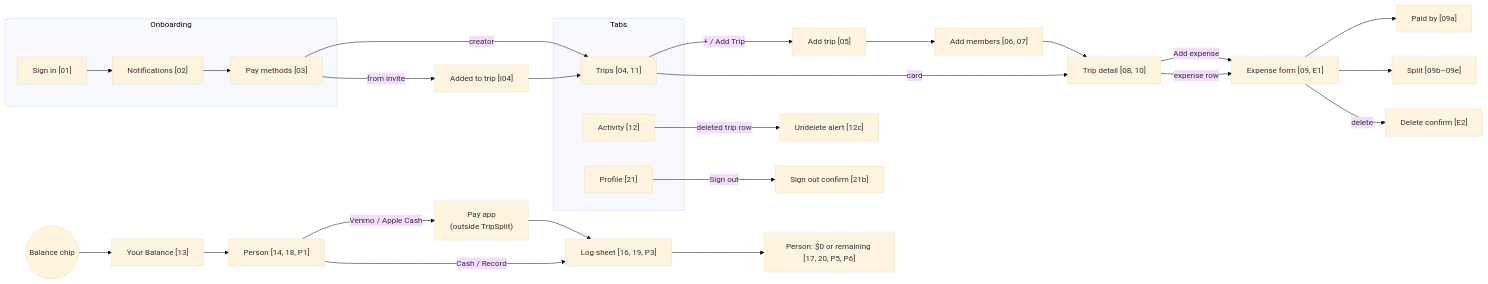
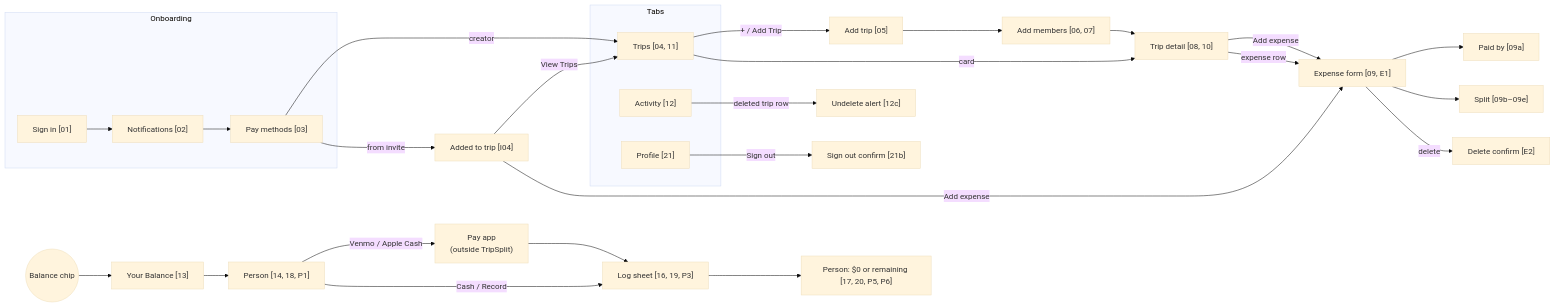
The diagram in docs/screen-map.md (taytayrad/tripsplit-ios), drawn with Mermaid (base theme) before and after one commit. The commit also changed 2 other files, not shown here.

Commit message:
Docs: sync with merged Phase 0
- data-model: stamp JSON matches StampSpec (offsetX/offsetY, enums, ranges)
- implementation-plan: mark Phase 0 done
- screen-map: welcome modal's View Trips and Add expense paths

````diff
--- a/docs/screen-map.md
+++ b/docs/screen-map.md
@@ -5,29 +5,31 @@
 ```mermaid
 flowchart LR
     subgraph Onboarding
         signin["Sign in [01]"] --> notif["Notifications [02]"] --> paym["Pay methods [03]"]
     end
     subgraph Main["Tabs"]
         trips["Trips [04, 11]"]
         activity["Activity [12]"]
         profile["Profile [21]"]
     end
     paym -->|creator| trips
-    paym -->|from invite| welcome["Added to trip [I04]"] --> trips
+    paym -->|from invite| welcome["Added to trip [I04]"]
+    welcome -->|View Trips| trips
 
     trips -- "+ / Add Trip" --> addtrip["Add trip [05]"] --> members["Add members [06, 07]"] --> trip["Trip detail [08, 10]"]
     trips -- card --> trip
     trip -- "Add expense" --> expense["Expense form [09, E1]"]
     trip -- "expense row" --> expense
     expense --> paidby["Paid by [09a]"]
     expense --> split["Split [09b–09e]"]
     expense -- delete --> delconfirm["Delete confirm [E2]"]
+    welcome -->|Add expense| expense
 
     chip(("Balance chip")) --> balance["Your Balance [13]"] --> person["Person [14, 18, P1]"]
     person -- "Venmo / Apple Cash" --> payapp["Pay app<br/>(outside TripSplit)"] --> log["Log sheet [16, 19, P3]"]
     person -- "Cash / Record" --> log
     log --> settled["Person: $0 or remaining [17, 20, P5, P6]"]
 
     activity -- "deleted trip row" --> undelete["Undelete alert [12c]"]
     profile -- "Sign out" --> signout["Sign out confirm [21b]"]
 ```
````
